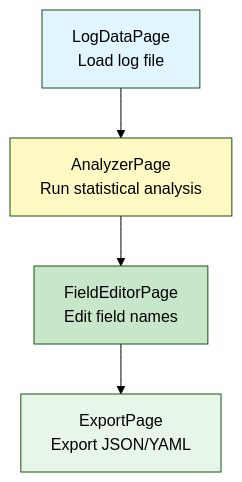
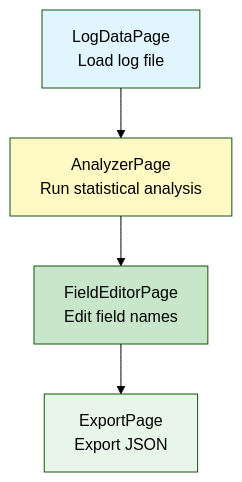
Before and after one commit to chumpon-asaneerat/NSerialCommTools: the first of 3 diagrams in Documents/ModernDesign/06-Protocol-Analyzer-Complete-UI.md, drawn with Mermaid (forest theme). The commit also changed other lines of this file and 1 other file, not shown here.

````diff
--- a/Documents/ModernDesign/06-Protocol-Analyzer-Complete-UI.md
+++ b/Documents/ModernDesign/06-Protocol-Analyzer-Complete-UI.md
@@ -28,11 +28,11 @@
 ```mermaid
 graph TD
     A[LogDataPage<br/>Load log file] --> B[AnalyzerPage<br/>Run statistical analysis]
     B --> C[FieldEditorPage<br/>Edit field names]
-    C --> D[ExportPage<br/>Export JSON/YAML]
+    C --> D[ExportPage<br/>Export JSON]
 
     style A fill:#E1F5FE
     style B fill:#FFF9C4
     style C fill:#C8E6C9
     style D fill:#E8F5E9
 ```
````
